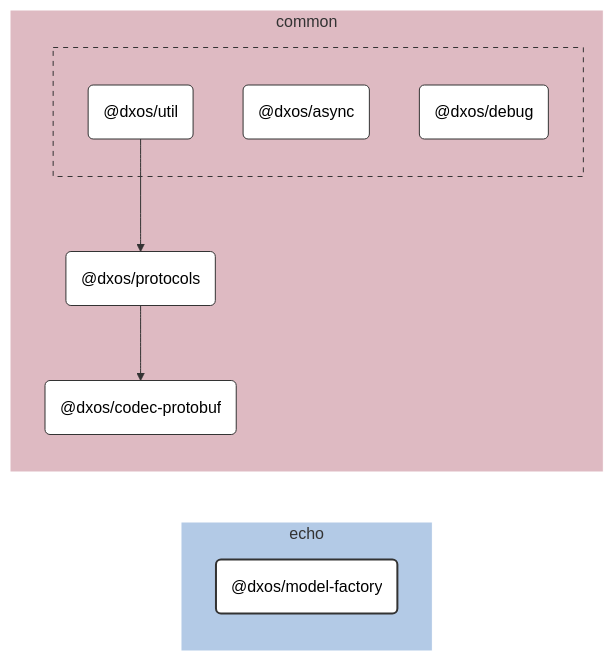
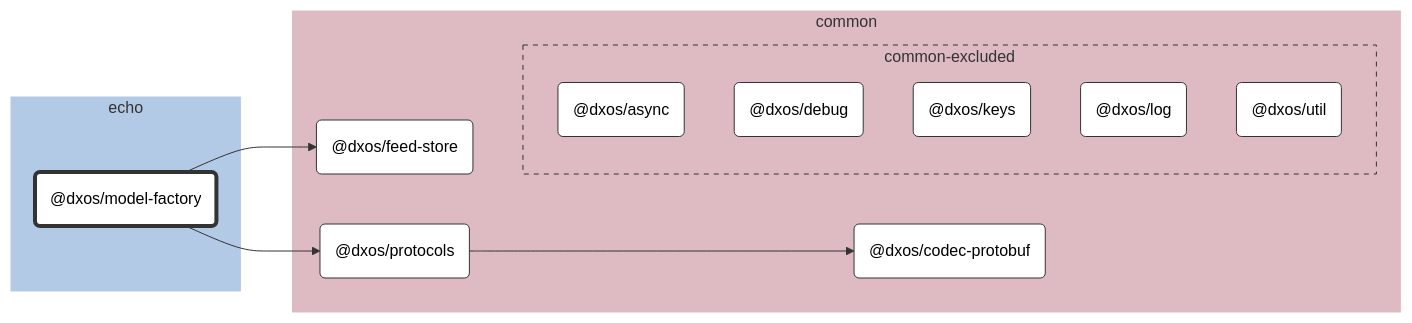
Before and after one commit to dxos/dxos: the diagram in packages/echo/model-factory/docs/README.md, drawn with Mermaid (neutral theme). The commit also changed other lines of this file and 683 other files, not shown here.

````diff
--- a/packages/echo/model-factory/docs/README.md
+++ b/packages/echo/model-factory/docs/README.md
@@ -7,52 +7,47 @@
 ```mermaid
 %%{ init: {'flowchart':{'curve':'basis'}} }%%
 
 flowchart LR
 
-%% Links
-dxos/protocols --> dxos/codec-protobuf;
-dxos/util --> dxos/protocols;
+%% Classes
+classDef def fill:#fff,stroke:#333,stroke-width:1px
+classDef root fill:#fff,stroke:#333,stroke-width:4px
 
-%% Sections
-subgraph echo
-  style echo fill:#b3cae6,stroke:#fff;
+%% Nodes
 
-  dxos/model-factory("@dxos/model-factory")
+subgraph echo [echo]
+  style echo fill:#b3cae6,stroke:#fff
+  dxos/model-factory("@dxos/model-factory"):::root
+  click dxos/model-factory "dxos/dxos/tree/main/packages/echo/model-factory/docs"
 end
 
-subgraph common
-  style common fill:#debac2,stroke:#fff;
+subgraph common [common]
+  style common fill:#debac2,stroke:#fff
+  dxos/codec-protobuf("@dxos/codec-protobuf"):::def
+  click dxos/codec-protobuf "dxos/dxos/tree/main/packages/common/codec-protobuf/docs"
+  dxos/feed-store("@dxos/feed-store"):::def
+  click dxos/feed-store "dxos/dxos/tree/main/packages/common/feed-store/docs"
+  dxos/protocols("@dxos/protocols"):::def
+  click dxos/protocols "dxos/dxos/tree/main/packages/common/protocols/docs"
 
-  dxos/codec-protobuf("@dxos/codec-protobuf")
-  dxos/protocols("@dxos/protocols")
-
-  subgraph common-excluded [ ]
-    style common-excluded fill:#debac2,stroke:#333,stroke-dasharray:5 5;
-
-    dxos/async("@dxos/async")
-    dxos/debug("@dxos/debug")
-    dxos/util("@dxos/util")
+  subgraph common-excluded [common-excluded]
+    style common-excluded fill:#debac2,stroke:#333,stroke-dasharray:5 5
+    dxos/async("@dxos/async"):::def
+    click dxos/async "dxos/dxos/tree/main/packages/common/async/docs"
+    dxos/debug("@dxos/debug"):::def
+    click dxos/debug "dxos/dxos/tree/main/packages/common/debug/docs"
+    dxos/keys("@dxos/keys"):::def
+    click dxos/keys "dxos/dxos/tree/main/packages/common/keys/docs"
+    dxos/log("@dxos/log"):::def
+    click dxos/log "dxos/dxos/tree/main/packages/common/log/docs"
+    dxos/util("@dxos/util"):::def
+    click dxos/util "dxos/dxos/tree/main/packages/common/util/docs"
   end
 end
 
-
-%% Hyperlinks
-click dxos/async "dxos/dxos/tree/main/packages/common/async/docs";
-click dxos/codec-protobuf "dxos/dxos/tree/main/packages/common/codec-protobuf/docs";
-click dxos/debug "dxos/dxos/tree/main/packages/common/debug/docs";
-click dxos/protocols "dxos/dxos/tree/main/packages/common/protocols/docs";
-click dxos/util "dxos/dxos/tree/main/packages/common/util/docs";
-
-%% Styles
-classDef rootNode fill:#fff,stroke:#333,stroke-width:2px
-classDef defaultNode fill:#fff,stroke:#333,stroke-width:1px
+%% Links
 linkStyle default stroke:#333,stroke-width:1px
-
-dxos/model-factory:::rootNode
-
-dxos/async:::defaultNode
-dxos/codec-protobuf:::defaultNode
-dxos/debug:::defaultNode
-dxos/protocols:::defaultNode
-dxos/util:::defaultNode
+dxos/model-factory --> dxos/feed-store
+dxos/model-factory --> dxos/protocols
+dxos/protocols --> dxos/codec-protobuf
 ```
````
